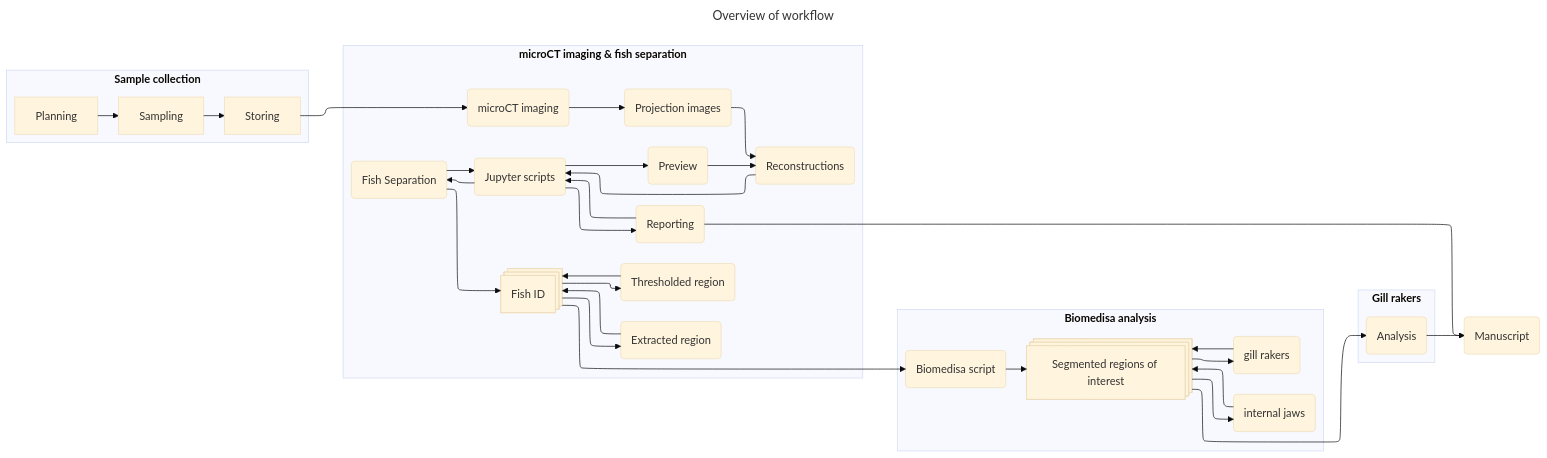
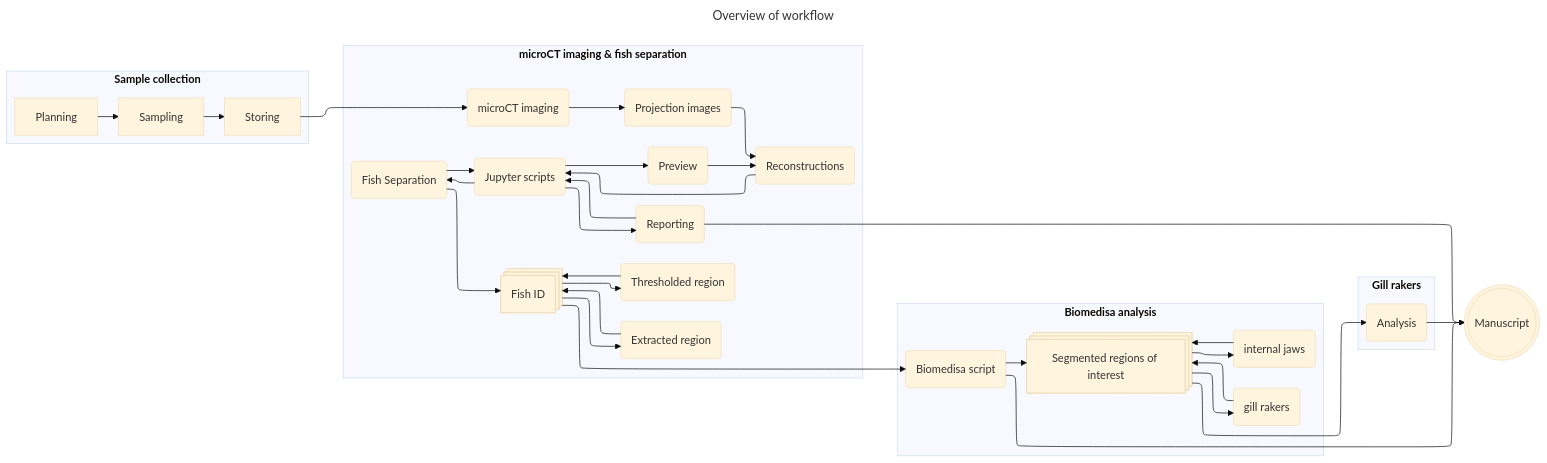
Before and after one commit to habi/sticklebacks-manuscript: the diagram in content/images/workflow.mmd, drawn with Mermaid. The commit also changed 1 other file, not shown here.

Commit message:
Lead to manuscript, update workflow file

```diff
--- a/content/images/workflow.mmd
+++ b/content/images/workflow.mmd
@@ -1,38 +1,39 @@
 ---
 title: Overview of workflow
 config:
   theme: base
   layout: elk
   elk:
     mergeEdges: true
     nodePlacementStrategy: LINEAR_SEGMENTS
 ---
 flowchart LR
     subgraph Katie [<b>Sample collection</b>]
        Planning --> Sampling
        Sampling --> Storing
     end
     Storing --> uct
     subgraph David [<b>microCT imaging & fish separation</b>]
         uct(microCT imaging) --> proj(Projection images)
         proj --> rec(Reconstructions)
         rec --> jupyter(Jupyter scripts)
         jupyter --> preview(Preview) --> rec
         jupyter --> separation(Fish Separation) --> jupyter
         jupyter --> reporting(Reporting) --> jupyter
         separation --> fishid(Fish ID) --> region(Extracted region) --> fishid(Fish ID)
         fishid --> region_thresholded(Thresholded region) --> fishid
         fishid@{ shape: procs }
     end
     subgraph Ben [<b>Biomedisa analysis</b>]
         fishid --> biomedisa(Biomedisa script)
         biomedisa --> regions(Segmented regions of interest)
         regions@{ shape: procs }
         regions --> rakers(gill rakers) --> regions
         regions --> jaws(internal jaws) --> regions
     end
     subgraph Sheila [<b>Gill rakers</b>]
         regions -->  analysis(Analysis)
     end
-    reporting --> manubot(Manuscript)
-    analysis --> manubot
+        reporting --> manubot(((Manuscript)))
+        biomedisa --> manubot
+        analysis --> manubot
```
